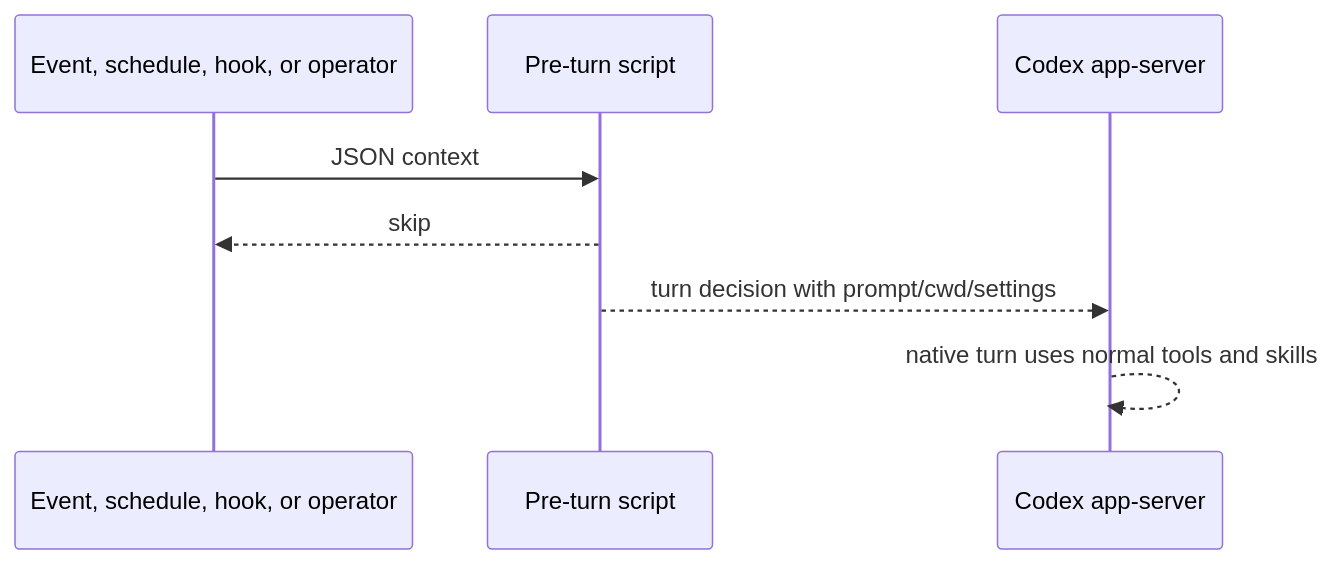
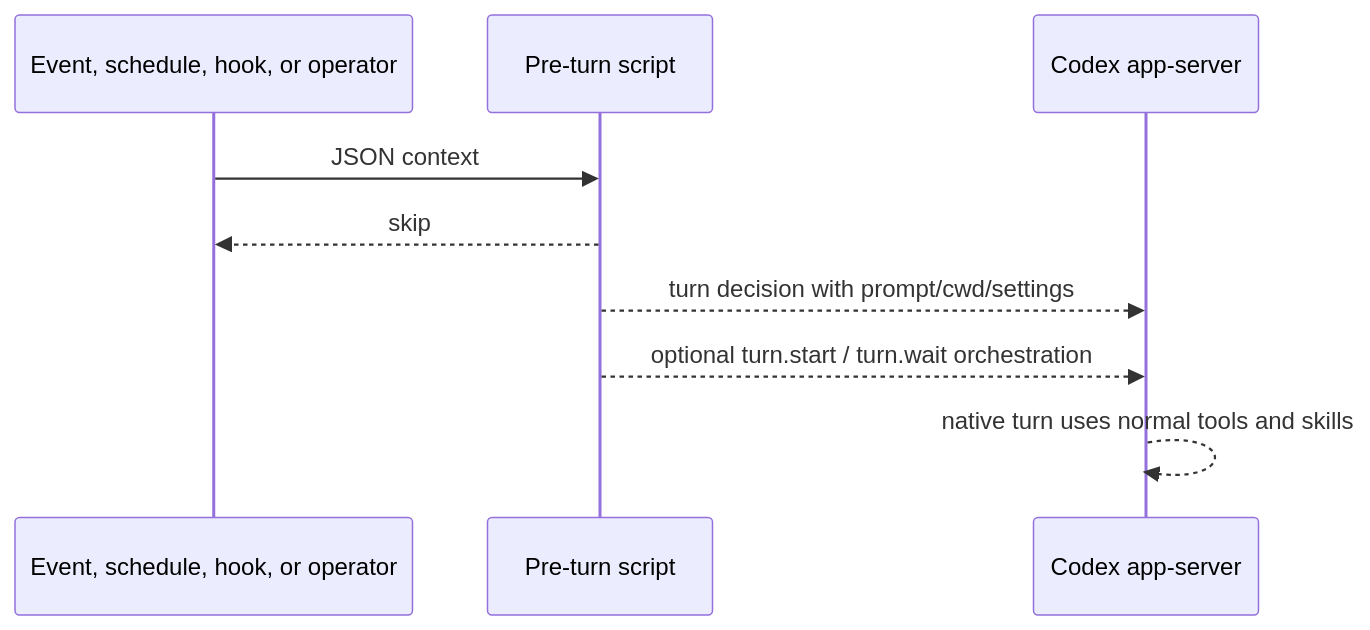
The diagram in docs/pages/concepts/architecture.md (peezy-tech/codex-toys), drawn with Mermaid before and after one commit. The commit also changed other lines of this file and 15 other files, not shown here.

````diff
--- a/docs/pages/concepts/architecture.md
+++ b/docs/pages/concepts/architecture.md
@@ -13,11 +13,12 @@
 ```mermaid
 sequenceDiagram
   participant Signal as Event, schedule, hook, or operator
   participant Script as Pre-turn script
   participant Codex as Codex app-server
 
   Signal->>Script: JSON context
   Script-->>Signal: skip
   Script-->>Codex: turn decision with prompt/cwd/settings
+  Script-->>Codex: optional turn.start / turn.wait orchestration
   Codex-->>Codex: native turn uses normal tools and skills
 ```
````
